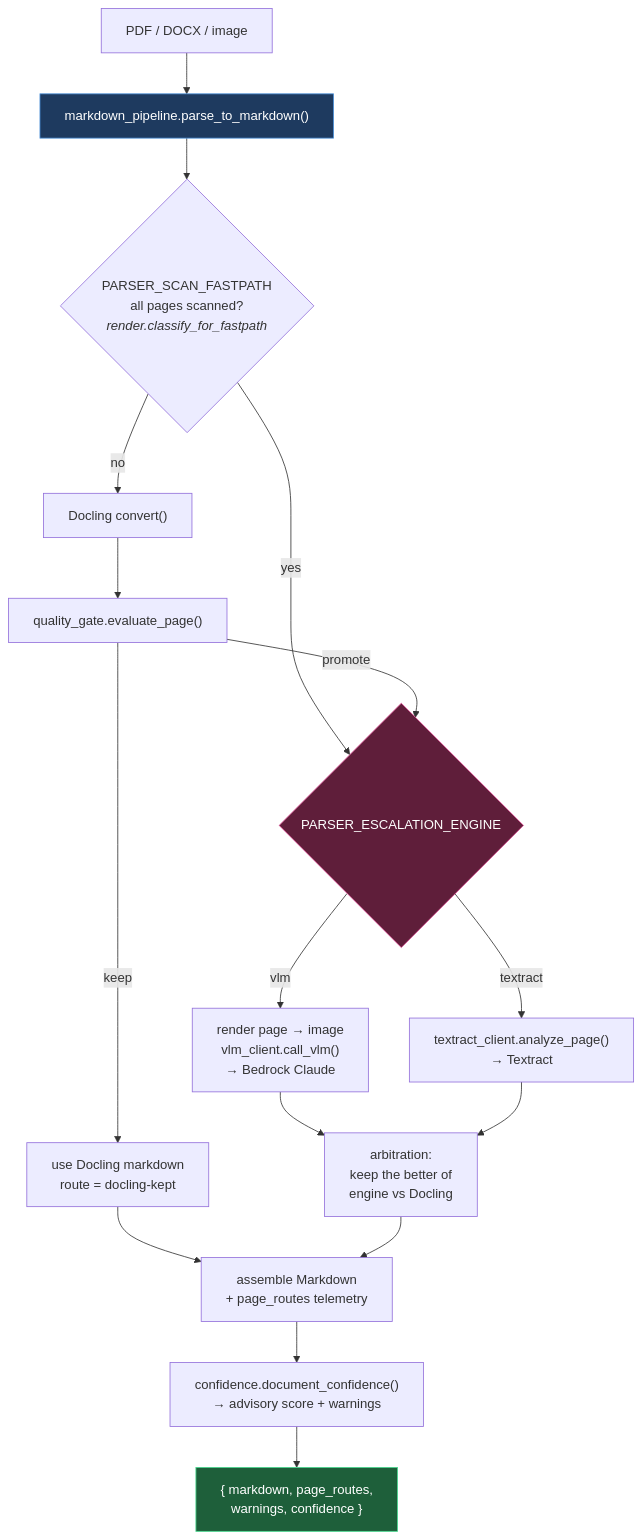
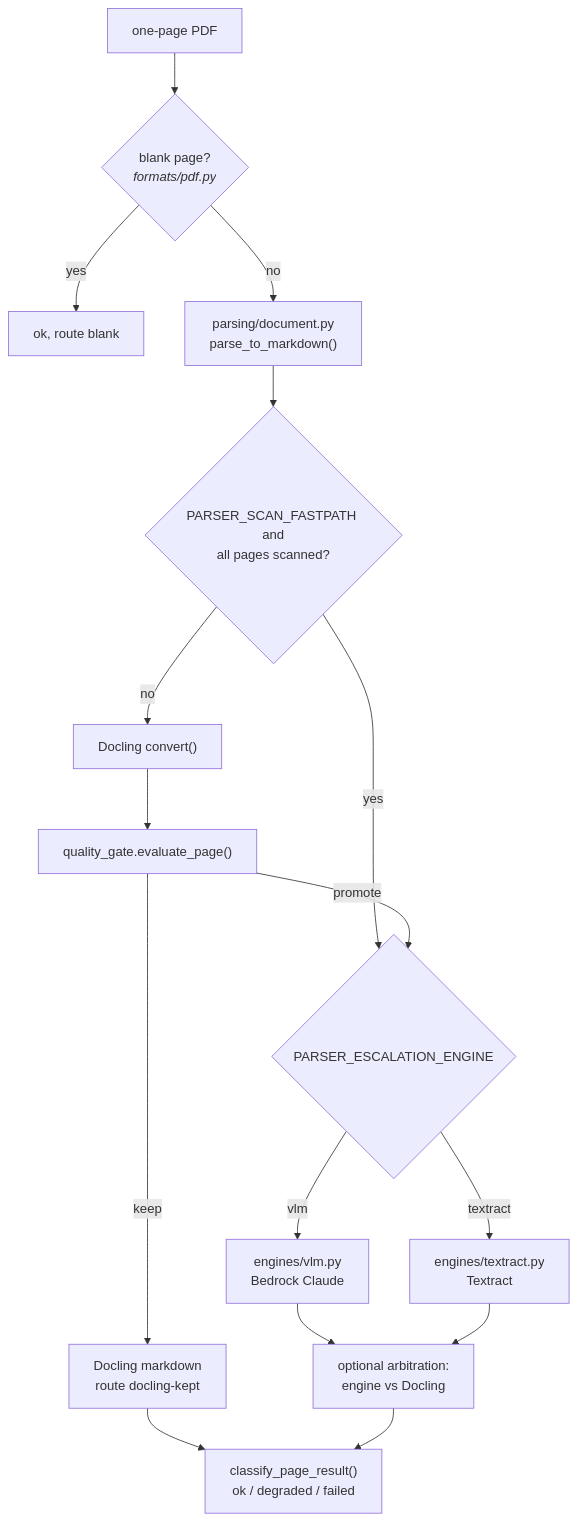
The third of 3 diagrams in docs/architecture.md (anguyenbus/doc-parser), drawn with Mermaid before and after one commit. The commit also changed other lines of this file and 15 other files, not shown here.

````diff
--- a/docs/architecture.md
+++ b/docs/architecture.md
@@ -94,22 +115,18 @@
 ```mermaid
 flowchart TD
-    A["PDF / DOCX / image"] --> B["markdown_pipeline.parse_to_markdown()"]
-    B --> FP{"PARSER_SCAN_FASTPATH<br/>all pages scanned?<br/><i>render.classify_for_fastpath</i>"}
+    A["one-page PDF"] --> BL{"blank page?<br/><i>formats/pdf.py</i>"}
+    BL -- yes --> OK["ok, route blank"]
+    BL -- no --> B["parsing/document.py<br/>parse_to_markdown()"]
+    B --> FP{"PARSER_SCAN_FASTPATH and<br/>all pages scanned?"}
     FP -- yes --> ESC
     FP -- no --> C["Docling convert()"]
-    C --> D["quality_gate.evaluate_page()"]
-    D -- keep --> KEEP["use Docling markdown<br/>route = docling-kept"]
-    D -- promote --> ESC{"PARSER_ESCALATION_ENGINE"}
-    ESC -- vlm --> V["render page → image<br/>vlm_client.call_vlm()<br/>→ Bedrock Claude"]
-    ESC -- textract --> T["textract_client.analyze_page()<br/>→ Textract"]
-    V --> ARB["arbitration:<br/>keep the better of<br/>engine vs Docling"]
+    C --> G["quality_gate.evaluate_page()"]
+    G -- keep --> KEEP["Docling markdown<br/>route docling-kept"]
+    G -- promote --> ESC{"PARSER_ESCALATION_ENGINE"}
+    ESC -- vlm --> V["engines/vlm.py<br/>Bedrock Claude"]
+    ESC -- textract --> T["engines/textract.py<br/>Textract"]
+    V --> ARB["optional arbitration:<br/>engine vs Docling"]
     T --> ARB
-    KEEP --> AGG["assemble Markdown<br/>+ page_routes telemetry"]
-    ARB --> AGG
-    AGG --> SC["confidence.document_confidence()<br/>→ advisory score + warnings"]
-    SC --> OUT["{ markdown, page_routes,<br/>warnings, confidence }"]
-
-    style B fill:#1e3a5f,stroke:#4a90d9,color:#fff
-    style ESC fill:#5f1e3a,stroke:#d94a90,color:#fff
-    style OUT fill:#1e5f3a,stroke:#4ad990,color:#fff
+    KEEP --> CL["classify_page_result()<br/>ok / degraded / failed"]
+    ARB --> CL
 ```
````
